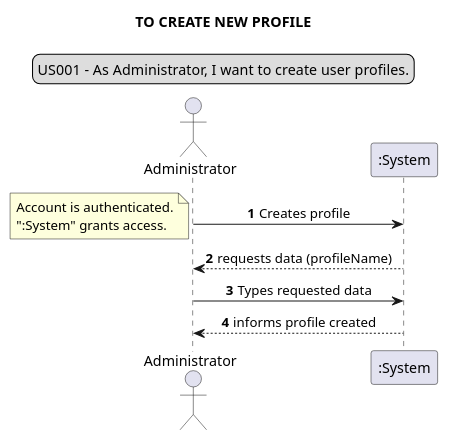
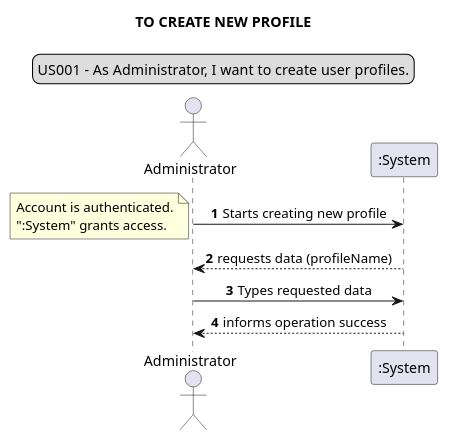
Before and after one commit to Loracline/project_switch_22-23: the first of 37 diagrams in docs/requirements_gathering/system_sequence_diagrams/systemSequenceDiagram.puml, drawn with PlantUML. The commit also changed other lines of this file and 7 other files, not shown here.

Commit message:
No US number: Design: SSD's | Update System Sequence Diagram and png files according to new version

```diff
--- a/docs/requirements_gathering/system_sequence_diagrams/systemSequenceDiagram.puml
+++ b/docs/requirements_gathering/system_sequence_diagrams/systemSequenceDiagram.puml
@@ -1,17 +1,17 @@
 @startuml
 skinparam sequenceMessageAlign center
 title TO CREATE NEW PROFILE
 legend top
 US001 - As Administrator, I want to create user profiles.
 end legend
 autonumber
 actor Administrator
-Administrator  -> ":System": Creates profile
+Administrator  -> ":System": Starts creating new profile
 note left
 Account is authenticated.
 ":System" grants access.
 end note
 ":System" --> Administrator: requests data (profileName)
 Administrator -> ":System": Types requested data
-":System" --> Administrator: informs profile created
+":System" --> Administrator: informs operation success
 @enduml
```
